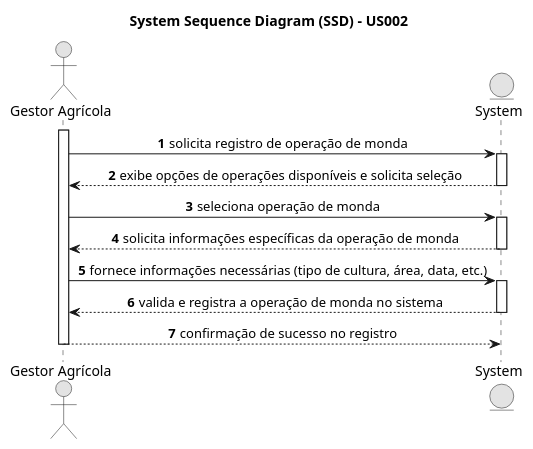
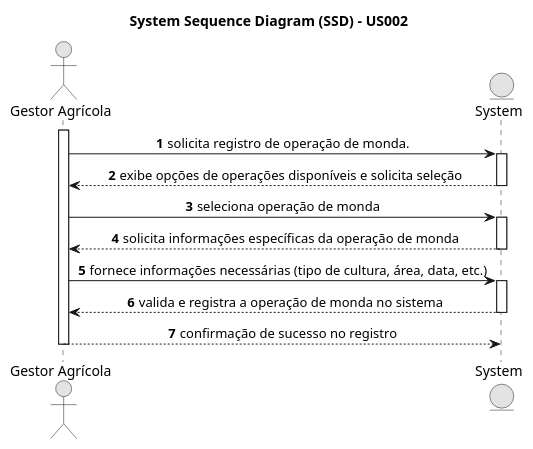
Before and after one commit to tiagohcorreia/LAPR3: the diagram in docs/sprint2/arqcp/USAC02/01.requirements-engineering/puml/usac02-system-sequence-diagram.puml, drawn with PlantUML.

Commit message:
L3IP-41 #time 1h #teste

```diff
--- a/docs/sprint2/arqcp/USAC02/01.requirements-engineering/puml/usac02-system-sequence-diagram.puml
+++ b/docs/sprint2/arqcp/USAC02/01.requirements-engineering/puml/usac02-system-sequence-diagram.puml
@@ -1,38 +1,38 @@
 @startuml
 
 skinparam SequenceMessageAlign center
 
 skinparam monochrome true
 skinparam packageStyle rectangle
 skinparam shadowing false
 
 title System Sequence Diagram (SSD) - US002
 
 autonumber
 
 actor "Gestor Agrícola" as Gestor
 entity "System" as System
 
 activate Gestor
-Gestor -> System : solicita registro de operação de monda
+Gestor -> System : solicita registro de operação de monda.
 activate System
 
 System --> Gestor : exibe opções de operações disponíveis e solicita seleção
 deactivate System
 
 Gestor -> System : seleciona operação de monda
 activate System
 
 System --> Gestor : solicita informações específicas da operação de monda
 deactivate System
 
 Gestor -> System : fornece informações necessárias (tipo de cultura, área, data, etc.)
 activate System
 
 System --> Gestor : valida e registra a operação de monda no sistema
 deactivate System
 
 Gestor --> System : confirmação de sucesso no registro
 deactivate Gestor
 
 @enduml
```
